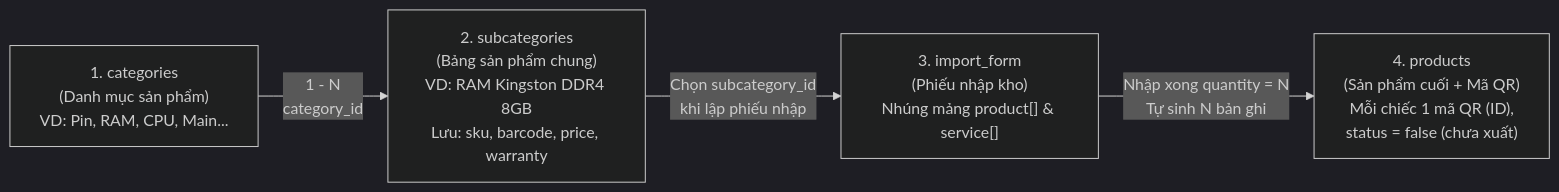
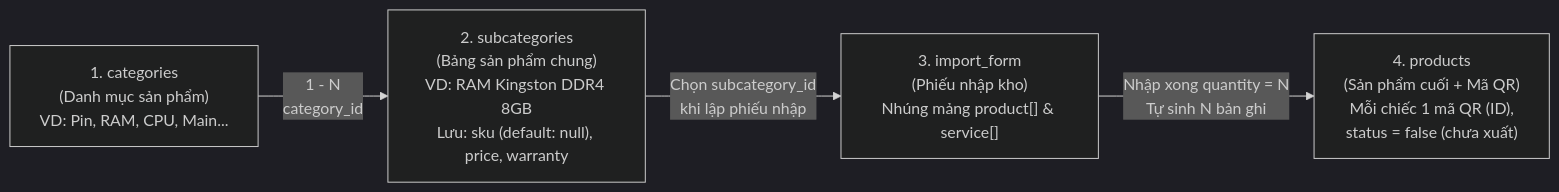
Before and after one commit to hungnm3112/Project-A: the second of 3 diagrams in md/LessonTwo/tu-duy-phan-tich-va-xay-dung-database.md, drawn with Mermaid (dark theme). The commit also changed other lines of this file and 13 other files, not shown here.

````diff
--- a/md/LessonTwo/tu-duy-phan-tich-va-xay-dung-database.md
+++ b/md/LessonTwo/tu-duy-phan-tich-va-xay-dung-database.md
@@ -67,6 +67,6 @@
 ```mermaid
 flowchart LR
-    C["1. categories\n(Danh mục sản phẩm)\nVD: Pin, RAM, CPU, Main..."] -->|1 - N\ncategory_id| S["2. subcategories\n(Bảng sản phẩm chung)\nVD: RAM Kingston DDR4 8GB\nLưu: sku, barcode, price, warranty"]
+    C["1. categories\n(Danh mục sản phẩm)\nVD: Pin, RAM, CPU, Main..."] -->|1 - N\ncategory_id| S["2. subcategories\n(Bảng sản phẩm chung)\nVD: RAM Kingston DDR4 8GB\nLưu: sku (default: null), price, warranty"]
     S -->|Chọn subcategory_id\nkhi lập phiếu nhập| I["3. import_form\n(Phiếu nhập kho)\nNhúng mảng product[] & service[]"]
     I -->|Nhập xong quantity = N\nTự sinh N bản ghi| P["4. products\n(Sản phẩm cuối + Mã QR)\nMỗi chiếc 1 mã QR (ID),\nstatus = false (chưa xuất)"]
 ```
````
